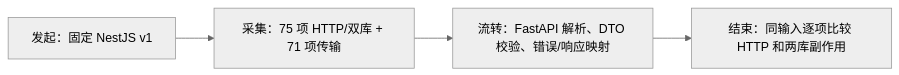
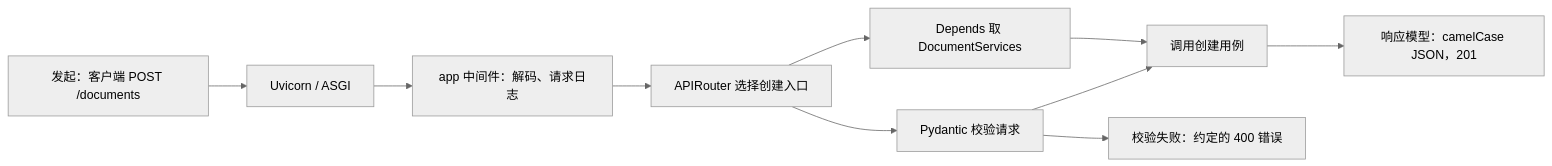
The first of 5 diagrams in docs/versions/v1/implementation-flow-report.md (ZKshun/knowledge-hub-fastapi), drawn with Mermaid (neutral theme) before and after one commit. The commit also changed other lines of this file and 6 other files, not shown here.

Commit message:
docs(v1): teach FastAPI document service flow

````diff
--- a/docs/versions/v1/implementation-flow-report.md
+++ b/docs/versions/v1/implementation-flow-report.md
@@ -80,6 +64,12 @@
 ```mermaid
 flowchart LR
-    A["发起：固定 NestJS v1"] --> B["采集：75 项 HTTP/双库 + 71 项传输"]
-    B --> C["流转：FastAPI 解析、DTO 校验、错误/响应映射"]
-    C --> D["结束：同输入逐项比较 HTTP 和两库副作用"]
+    A["发起：客户端 POST /documents"] --> B["Uvicorn / ASGI"]
+    B --> C["app 中间件：解码、请求日志"]
+    C --> D["APIRouter 选择创建入口"]
+    D --> V["Pydantic 校验请求"]
+    D --> E["Depends 取 DocumentServices"]
+    V --> F["调用创建用例"]
+    E --> F
+    F --> G["响应模型：camelCase JSON，201"]
+    V --> H["校验失败：约定的 400 错误"]
 ```
````
